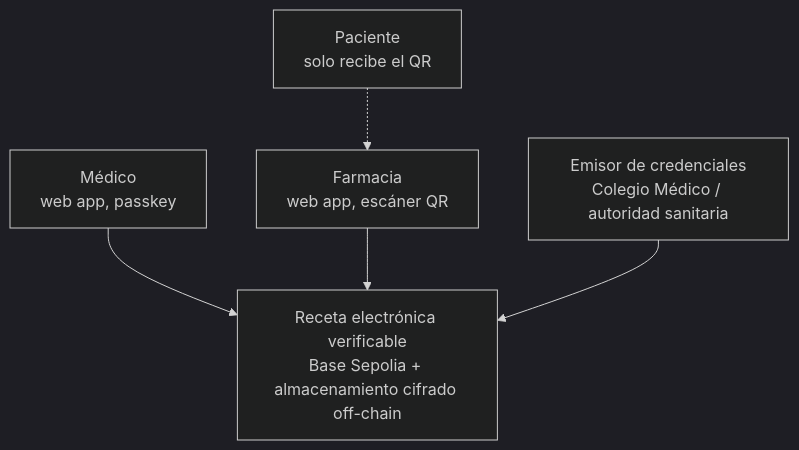
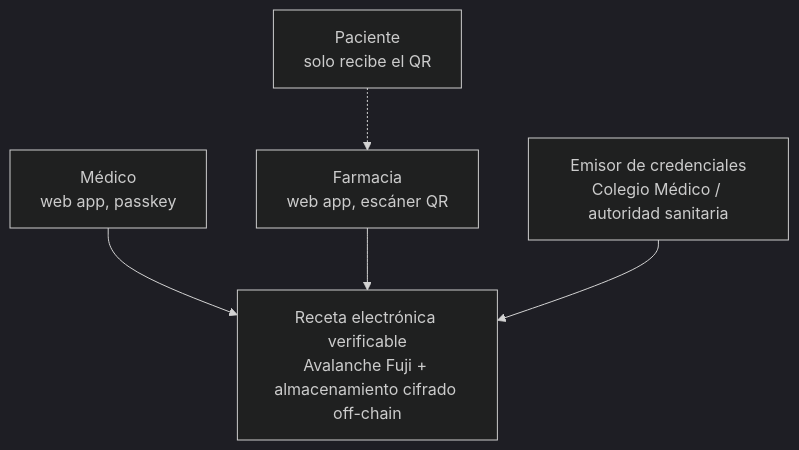
One commit to abrereflo/proyecto_recetas changed the first of 4 diagrams in docs/01-arquitectura.md. Above: the diagram before and after it, drawn with Mermaid (dark theme). The commit also changed other lines of this file and 15 other files, not shown here.

First line of the commit message:
docs: align the planning documents with Avalanche Fuji and the verified status

````diff
--- a/docs/01-arquitectura.md
+++ b/docs/01-arquitectura.md
@@ -31,14 +35,14 @@
 ```mermaid
 flowchart TB
     Doctor["Médico<br/>web app, passkey"]
     Pharmacy["Farmacia<br/>web app, escáner QR"]
     Patient["Paciente<br/>solo recibe el QR"]
     Issuer["Emisor de credenciales<br/>Colegio Médico / autoridad sanitaria"]
 
-    System["Receta electrónica verificable<br/>Base Sepolia + almacenamiento cifrado off-chain"]
+    System["Receta electrónica verificable<br/>Avalanche Fuji + almacenamiento cifrado off-chain"]
 
     Doctor --> System
     Pharmacy --> System
     Patient -.-> Pharmacy
     Issuer --> System
 ```
````
